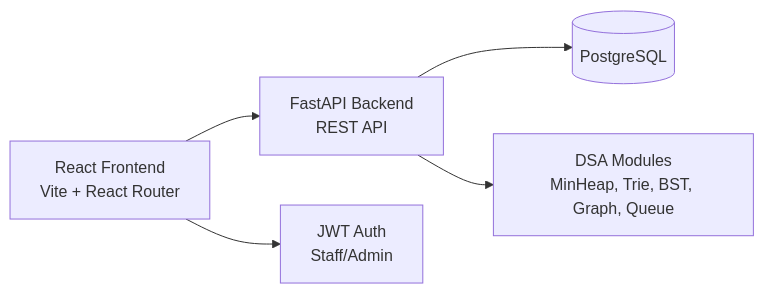
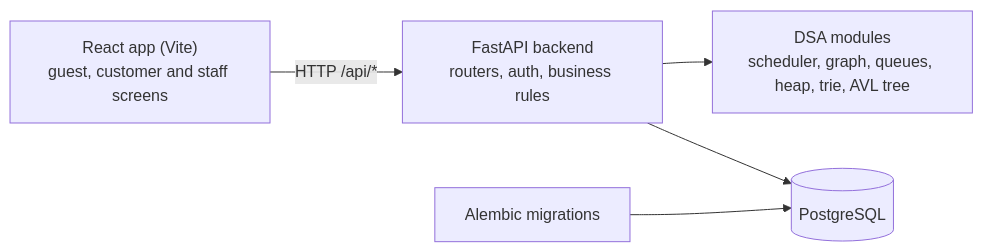
The first of 2 diagrams in README.md (Aneelchoudhari/Resturant_management_RASA_HOUSE), drawn with Mermaid before and after one commit. The commit also changed other lines of this file, not shown here.

````diff
--- a/README.md
+++ b/README.md
@@ -26,7 +184,7 @@
 ```mermaid
 flowchart LR
-    User[React Frontend<br/>Vite + React Router] --> API[FastAPI Backend<br/>REST API]
-    API --> DB[(PostgreSQL)]
-    API --> DSA[DSA Modules<br/>MinHeap, Trie, BST, Graph, Queue]
-    User --> Auth[JWT Auth<br/>Staff/Admin]
+    Browser["React app (Vite)<br/>guest, customer and staff screens"] -->|"HTTP /api/*"| API["FastAPI backend<br/>routers, auth, business rules"]
+    API --> DSA["DSA modules<br/>scheduler, graph, queues, heap, trie, AVL tree"]
+    API --> DB[("PostgreSQL")]
+    Alembic["Alembic migrations"] --> DB
 ```
````
